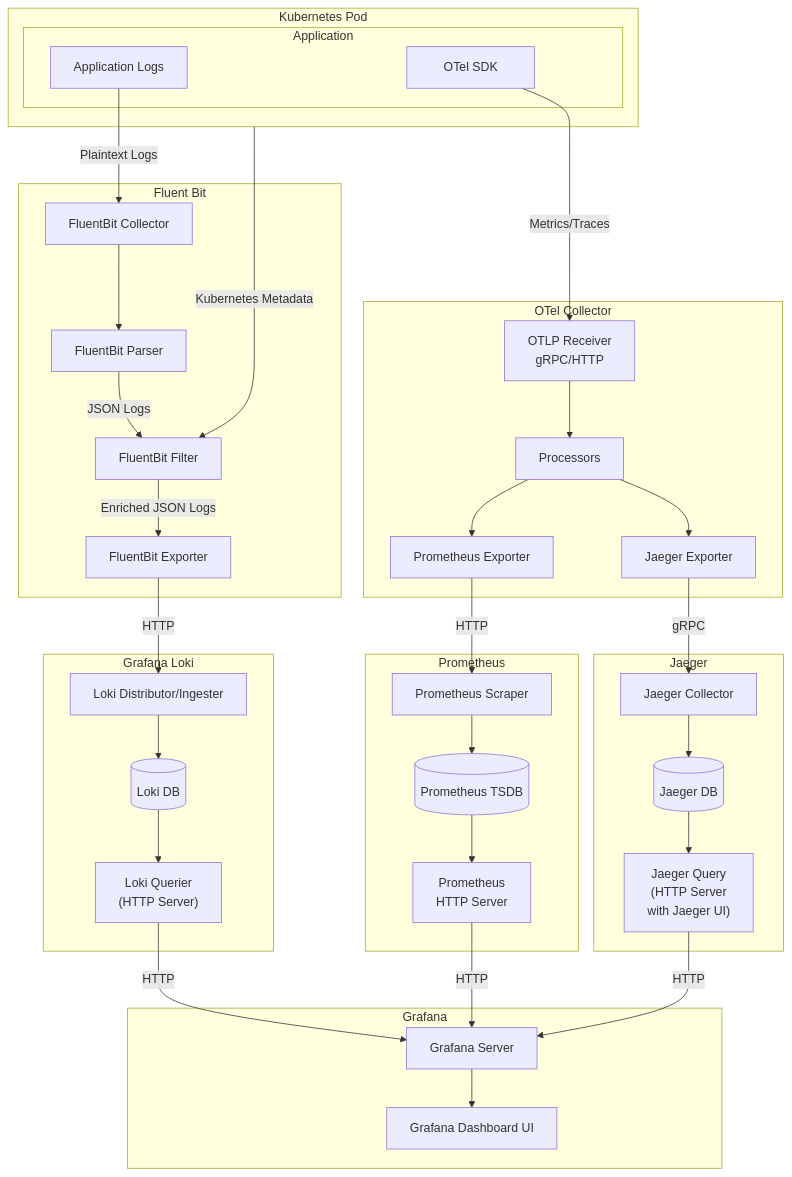
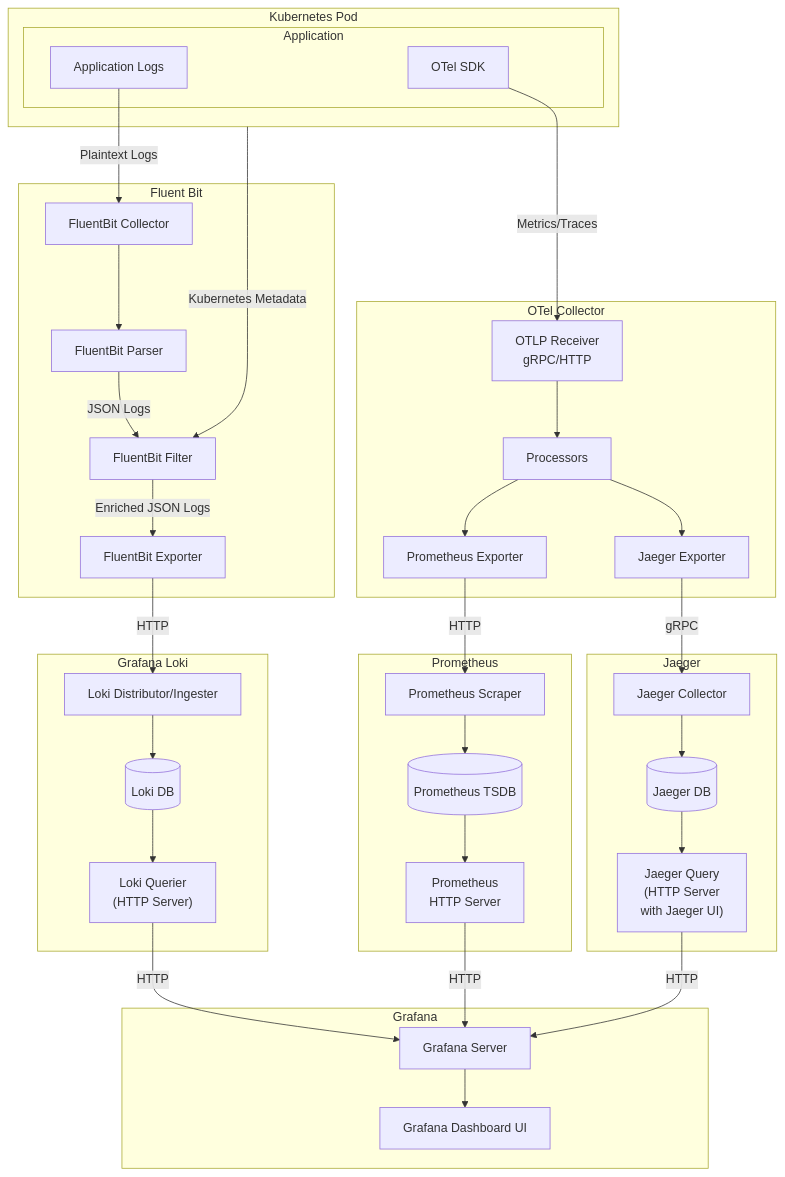
Before and after one commit to nichujie/observability-pipeline-demo: the diagram in graphs/pipeline.mmd, drawn with Mermaid. The commit also changed 1 other file, not shown here.

Commit message:
delete whitespaces in graph

```diff
--- a/graphs/pipeline.mmd
+++ b/graphs/pipeline.mmd
@@ -1,77 +1,77 @@
 flowchart TB
 subgraph od[Kubernetes Pod]
     subgraph app[Application]
-        ot-sdk["&nbsp &nbsp OTel SDK &nbsp &nbsp "]
+        ot-sdk[OTel SDK]
         app-log[Application Logs]
     end
 end
 
 app-log -->|"Plaintext Logs"| fb-in
 od -->|"Kubernetes Metadata"| fb-filter
 ot-sdk -->|"Metrics/Traces"| oc-recv
 
 subgraph fb[Fluent Bit]
     fb-in[FluentBit Collector]
     fb-parse[FluentBit Parser]
     fb-filter[FluentBit Filter]
     fb-out[FluentBit Exporter]
 
     fb-in --> fb-parse
     fb-parse -->|JSON Logs| fb-filter
     fb-filter -->|Enriched JSON Logs| fb-out
 end
 
 fb-out -->|HTTP| lk-in
 
 subgraph oc[OTel Collector]
     oc-recv["OTLP Receiver<br/>gRPC/HTTP"]
     oc-proc[Processors]
     oc-prom["Prometheus Exporter"]
     oc-jag["Jaeger Exporter"]
 
     oc-recv --> oc-proc
     oc-proc --> oc-prom
     oc-proc --> oc-jag
 end
 
 oc-prom -->|HTTP| pr-sc
 oc-jag -->|gRPC| ja-col
 
 subgraph lk[Grafana Loki]
     lk-in["Loki Distributor/Ingester"]
     lk-db[(Loki DB)]
     lk-http["Loki Querier<br/>(HTTP Server)"]
 
     lk-in --> lk-db
     lk-db --> lk-http
 end
 
 subgraph pr[Prometheus]
     pr-sc["Prometheus Scraper"]
     pr-tsdb[(Prometheus TSDB)]
     pr-http["Prometheus<br/>HTTP Server"]
 
     pr-sc --> pr-tsdb
     pr-tsdb --> pr-http
 end
 
 subgraph ja[Jaeger]
     ja-col["Jaeger Collector"]
     ja-db[(Jaeger DB)]
     ja-http["Jaeger Query<br/>(HTTP Server<br/>with Jaeger UI)"]
 
     ja-col --> ja-db
     ja-db --> ja-http
 end
 
 
 lk-http -->|HTTP| gr-srv
 pr-http -->|HTTP| gr-srv
 ja-http -->|HTTP| gr-srv
 
 subgraph gr[Grafana]
     gr-srv["Grafana Server"]
     gr-ui["Grafana Dashboard UI"]
 
     gr-srv --> gr-ui
 end
```
